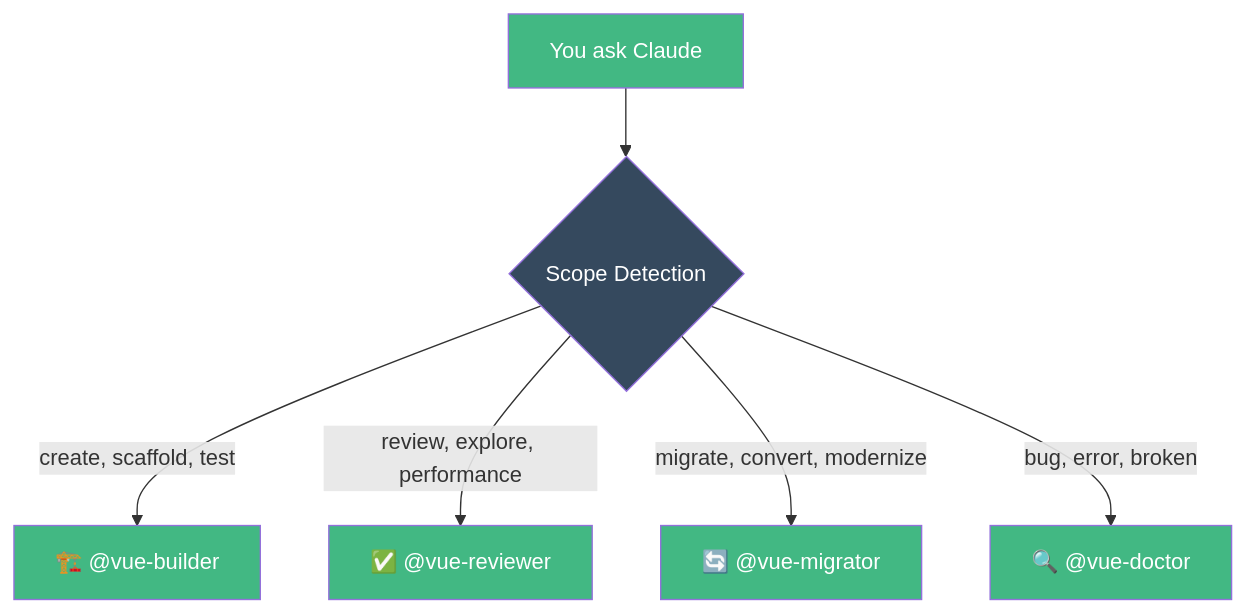
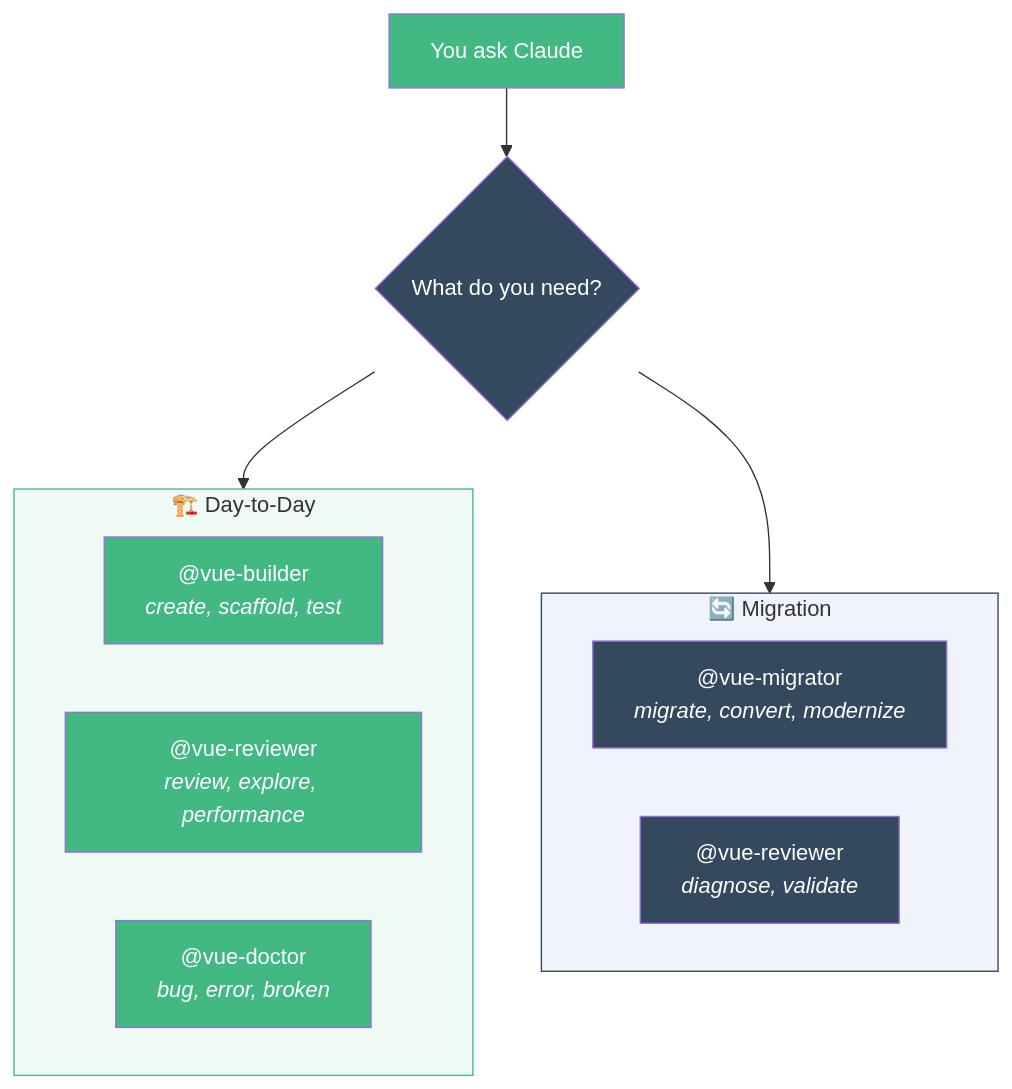
Before and after one commit to HerbertJulio/vue-dev-kit: the first of 6 diagrams in docs/reference/agents.md, drawn with Mermaid. The commit also changed other lines of this file and 2 other files, not shown here.

Commit message:
feat: organize docs into Day-to-Day and Migration categories
- Split tutorials nav into Day-to-Day and Migration dropdown
- Sidebar shows two groups with clear labels and agents for each
- Introduction shows which agents belong to each scenario
- Agents reference separated into Day-to-Day and Migration sections

````diff
--- a/docs/reference/agents.md
+++ b/docs/reference/agents.md
@@ -7,15 +7,28 @@
 ```mermaid
 graph TB
-    User["You ask Claude"] --> Detect{"Scope Detection"}
-    Detect -->|"create, scaffold, test"| Builder["🏗️ @vue-builder"]
-    Detect -->|"review, explore, performance"| Reviewer["✅ @vue-reviewer"]
-    Detect -->|"migrate, convert, modernize"| Migrator["🔄 @vue-migrator"]
-    Detect -->|"bug, error, broken"| Doctor["🔍 @vue-doctor"]
+    User["You ask Claude"] --> Detect{"What do you need?"}
+
+    subgraph daily["🏗️ Day-to-Day"]
+        Builder["@vue-builder<br/><i>create, scaffold, test</i>"]
+        Reviewer["@vue-reviewer<br/><i>review, explore, performance</i>"]
+        Doctor["@vue-doctor<br/><i>bug, error, broken</i>"]
+    end
+
+    subgraph migration["🔄 Migration"]
+        Migrator["@vue-migrator<br/><i>migrate, convert, modernize</i>"]
+        ReviewerM["@vue-reviewer<br/><i>diagnose, validate</i>"]
+    end
+
+    Detect --> daily
+    Detect --> migration
 
     style User fill:#42b883,color:#fff
     style Detect fill:#35495e,color:#fff
+    style daily fill:#f0faf5,stroke:#42b883
+    style migration fill:#f0f4fa,stroke:#35495e
     style Builder fill:#42b883,color:#fff
     style Reviewer fill:#42b883,color:#fff
-    style Migrator fill:#42b883,color:#fff
     style Doctor fill:#42b883,color:#fff
+    style Migrator fill:#35495e,color:#fff
+    style ReviewerM fill:#35495e,color:#fff
 ```
````
